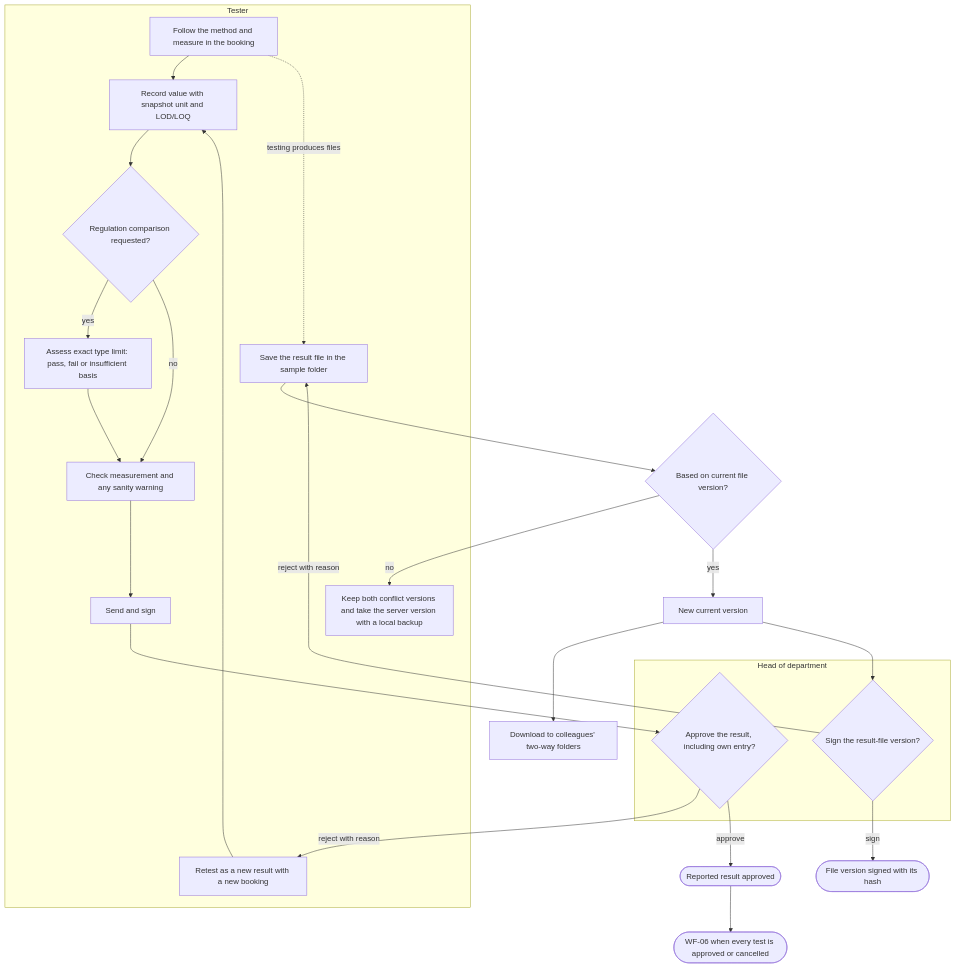
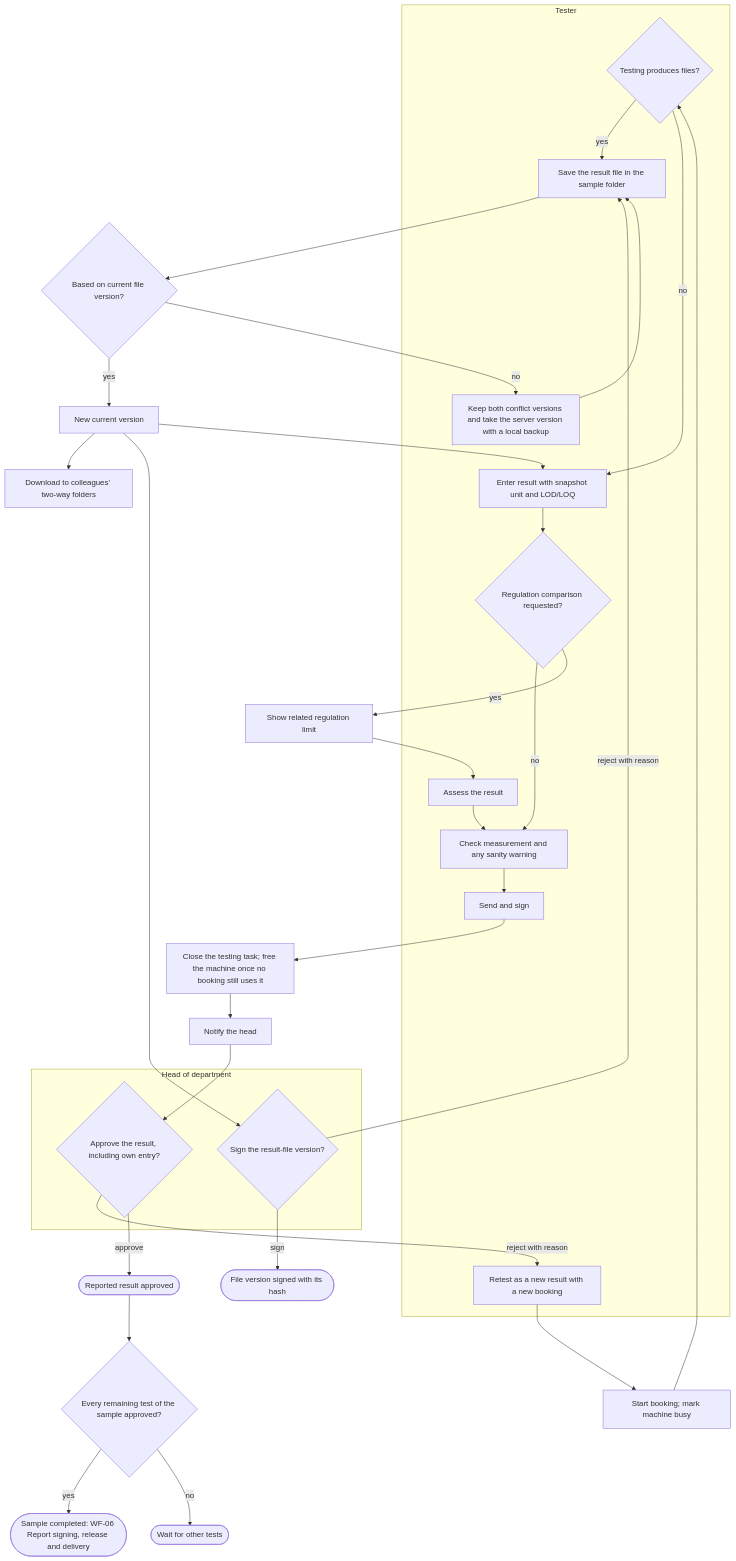
The fourth of 17 diagrams in docs/functional/business-flows.md (SoltuneMontepre/medilab), drawn with Mermaid before and after one commit. The commit also changed other lines of this file and 122 other files, not shown here.

First line of the commit message:
[docs] Align the requirements with the final activity diagrams and BM04 v1.1 (#551)

````diff
--- a/docs/functional/business-flows.md
+++ b/docs/functional/business-flows.md
@@ -188,28 +202,35 @@
 ```mermaid
 flowchart TD
     subgraph lane10 ["Tester"]
-        t1[Follow the method and measure in the booking] --> t2[Record value with snapshot unit and LOD/LOQ]
+        files{Testing produces files?}
+        t2[Enter result with snapshot unit and LOD/LOQ]
         t2 --> q{Regulation comparison requested?}
-        q -->|yes| t3[Assess exact type limit: pass, fail or insufficient basis]
+        t3[Assess the result]
         q -->|no| t4[Check measurement and any sanity warning]
         t3 --> t4 --> t5[Send and sign]
         t6[Retest as a new result with a new booking]
         f1[Save the result file in the sample folder]
         f2[Keep both conflict versions and take the server version with a local backup]
     end
     subgraph lane11 ["Head of department"]
         h1{Approve the result, including own entry?}
         h2{Sign the result-file version?}
     end
-    t1 -.->|testing produces files| f1 --> current{Based on current file version?}
+    start[Start booking; mark machine busy] --> files
+    files -->|yes| f1 --> current{Based on current file version?}
+    files -->|no| t2
     current -->|yes| version[New current version]
-    current -->|no| f2
+    current -->|no| f2 --> f1
+    version --> t2
     version --> others[Download to colleagues' two-way folders]
     version --> h2
     h2 -->|reject with reason| f1
     h2 -->|sign| signedfile([File version signed with its hash])
-    t5 --> h1
-    h1 -->|reject with reason| t6 --> t2
+    q -->|yes| limit[Show related regulation limit] --> t3
+    t5 --> free[Close the testing task; free the machine once no booking still uses it] --> notify[Notify the head] --> h1
+    h1 -->|reject with reason| t6 --> start
     h1 -->|approve| done([Reported result approved])
-    done --> wf06([WF-06 when every test is approved or cancelled])
+    done --> every{Every remaining test of the sample approved?}
+    every -->|yes| wf06([Sample completed: WF-06 Report signing, release and delivery])
+    every -->|no| wait([Wait for other tests])
 ```
````
